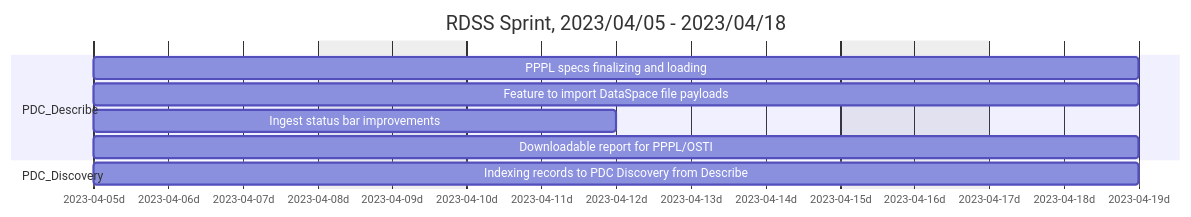
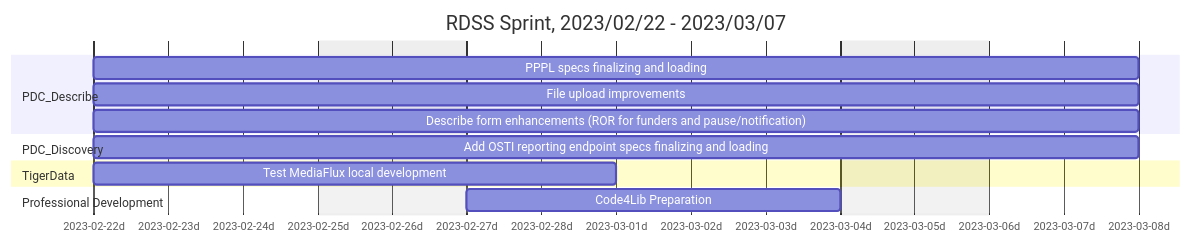
Before and after one commit to pulibrary/rdss-handbook: the fifth of 20 diagrams in roadmap.md, drawn with Mermaid. The commit also changed other lines of this file, not shown here.

````diff
--- a/roadmap.md
+++ b/roadmap.md
@@ -104,14 +107,17 @@
 ```mermaid
 gantt
-    title RDSS Sprint, 2023/04/05 - 2023/04/18
+    title RDSS Sprint, 2023/02/22 - 2023/03/07
     axisFormat  %Y-%m-%dd
     dateformat YYYY-MM-DD
     excludes    weekends
     section PDC_Describe
-    PPPL specs finalizing and loading: pdc1, 2023-04-05, 10d
-    Feature to import DataSpace file payloads: pdc2, 2023-04-05, 10d
-    Ingest status bar improvements: pdc3, 2023-04-05, 5d
-    Downloadable report for PPPL/OSTI: pdc4, 2023-04-05, 10d
+    PPPL specs finalizing and loading: pdc1, 2023-02-22, 10d
+    File upload improvements: pdc2, 2023-02-22, 10d
+    Describe form enhancements (ROR for funders and pause/notification): pdc3, 2023-02-22, 10d
     section PDC_Discovery
-    Indexing records to PDC Discovery from Describe: pdd3, 2023-04-05, 10d
+    Add OSTI reporting endpoint specs finalizing and loading: pdc1, 2023-02-22, 10d       
+    section TigerData
+    Test MediaFlux local development: td2, 2023-02-22, 5d
+    section Professional Development
+    Code4Lib Preparation: td2, 2023-02-27, 5d
 ```
````
